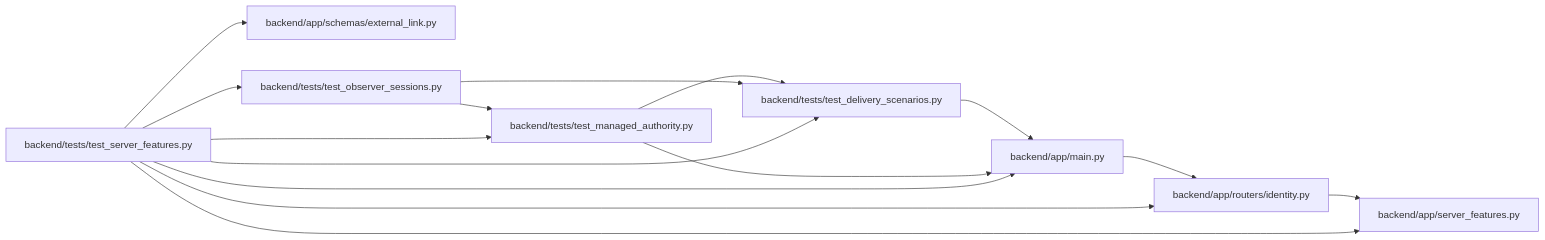
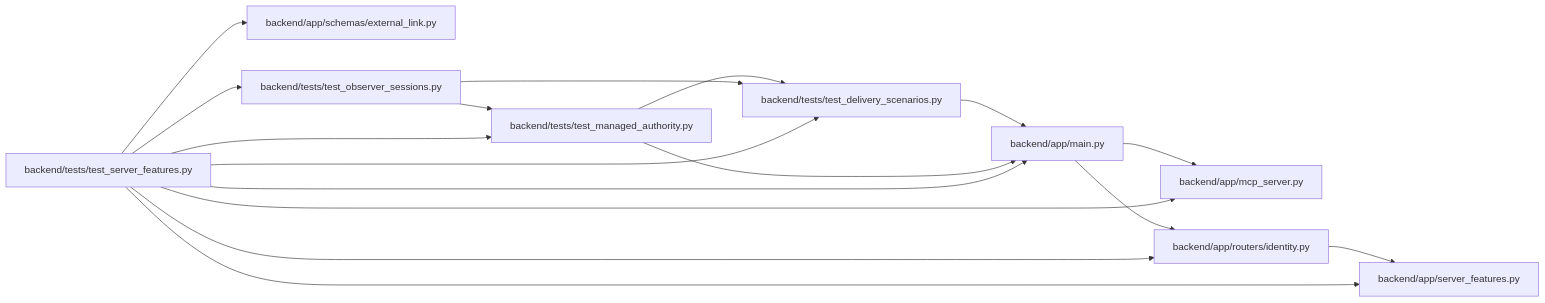
The diagram in docs/llm_wiki/modules/test_server_features.md (Denissvgn/WorkChord), drawn with Mermaid before and after one commit. The commit also changed other lines of this file and 674 other files, not shown here.

Commit message:
Sync the architectural wiki for the postponement agent tools

````diff
--- a/docs/llm_wiki/modules/test_server_features.md
+++ b/docs/llm_wiki/modules/test_server_features.md
@@ -24,33 +26,37 @@
 ```mermaid
 flowchart LR
     n0["backend/app/main.py"]
-    n1["backend/app/routers/identity.py"]
-    n2["backend/app/schemas/external_link.py"]
-    n3["backend/app/server_features.py"]
-    n4["backend/tests/test_delivery_scenarios.py"]
-    n5["backend/tests/test_managed_authority.py"]
-    n6["backend/tests/test_observer_sessions.py"]
-    n7["backend/tests/test_server_features.py"]
+    n1["backend/app/mcp_server.py"]
+    n2["backend/app/routers/identity.py"]
+    n3["backend/app/schemas/external_link.py"]
+    n4["backend/app/server_features.py"]
+    n5["backend/tests/test_delivery_scenarios.py"]
+    n6["backend/tests/test_managed_authority.py"]
+    n7["backend/tests/test_observer_sessions.py"]
+    n8["backend/tests/test_server_features.py"]
     n0 --> n1
-    n1 --> n3
-    n4 --> n0
+    n0 --> n2
+    n2 --> n4
     n5 --> n0
-    n5 --> n4
-    n6 --> n4
+    n6 --> n0
     n6 --> n5
-    n7 --> n0
-    n7 --> n1
-    n7 --> n2
-    n7 --> n3
-    n7 --> n4
     n7 --> n5
     n7 --> n6
+    n8 --> n0
+    n8 --> n1
+    n8 --> n2
+    n8 --> n3
+    n8 --> n4
+    n8 --> n5
+    n8 --> n6
+    n8 --> n7
     click n0 "../modules/app_main.md"
-    click n1 "../modules/routers_identity.md"
-    click n2 "../modules/schemas_external_link.md"
-    click n3 "../modules/server_features.md"
-    click n4 "../modules/test_delivery_scenarios.md"
-    click n5 "../modules/test_managed_authority.md"
-    click n6 "../modules/test_observer_sessions.md"
-    click n7 "../modules/test_server_features.md"
+    click n1 "../modules/mcp_server.md"
+    click n2 "../modules/routers_identity.md"
+    click n3 "../modules/schemas_external_link.md"
+    click n4 "../modules/server_features.md"
+    click n5 "../modules/test_delivery_scenarios.md"
+    click n6 "../modules/test_managed_authority.md"
+    click n7 "../modules/test_observer_sessions.md"
+    click n8 "../modules/test_server_features.md"
 ```
````
